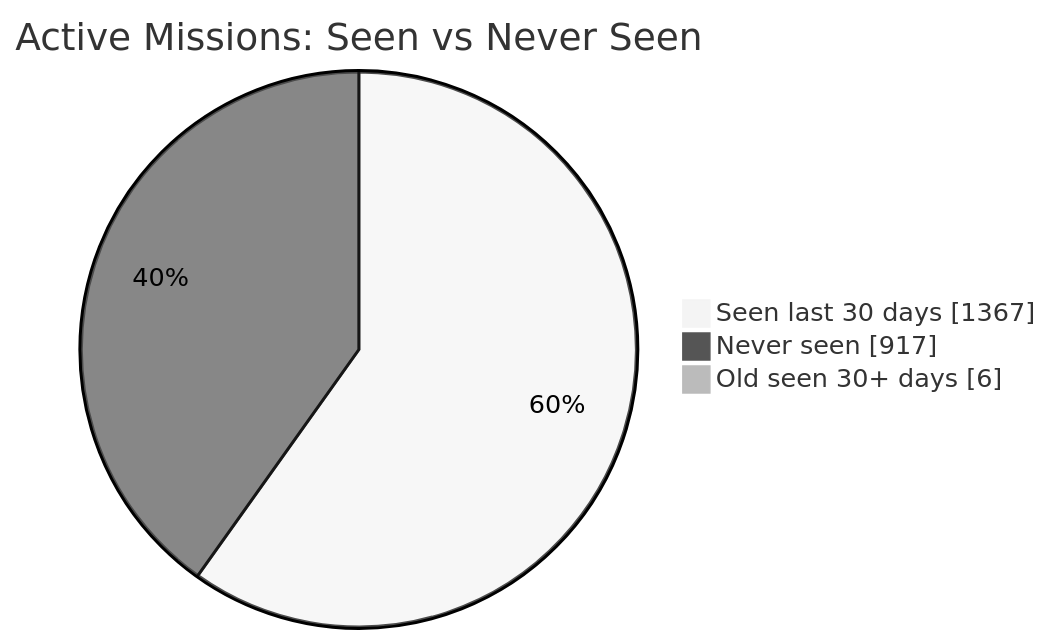
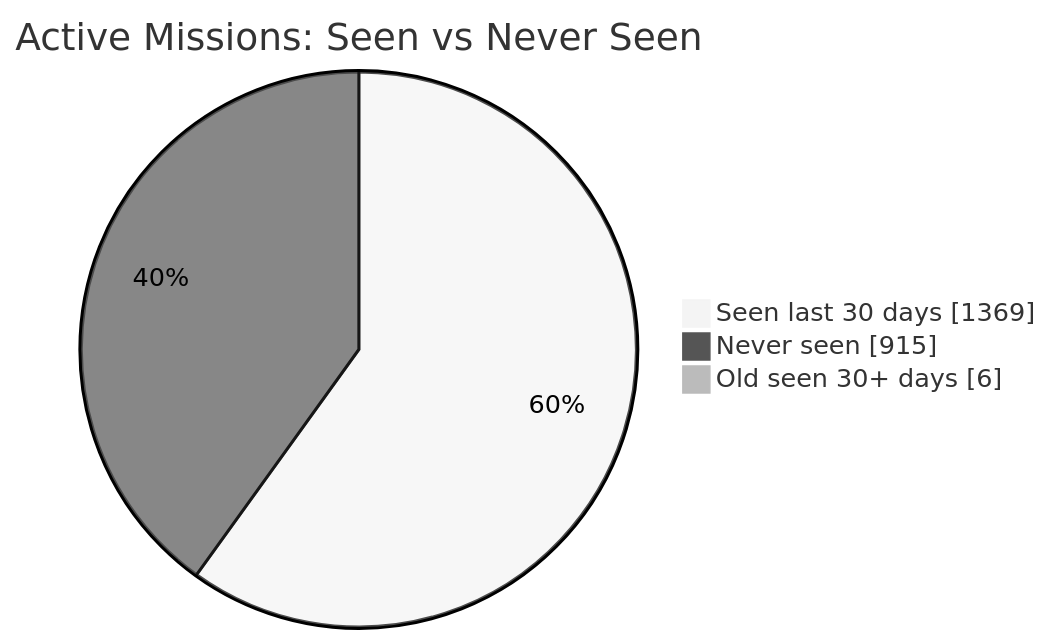
One commit to MeldkamerspelGameTeam/active-missions changed the first of 2 diagrams in README.md. Above: the diagram before and after it, drawn with Mermaid (neutral theme). The commit also changed other lines of this file and 2 other files, not shown here.

````diff
--- a/README.md
+++ b/README.md
@@ -34,7 +34,7 @@
 ```mermaid
 pie showData
     title Active Missions: Seen vs Never Seen
-    "Seen last 30 days" : 1367
-    "Never seen" : 917
+    "Seen last 30 days" : 1369
+    "Never seen" : 915
     "Old seen 30+ days" : 6
 ```
````
